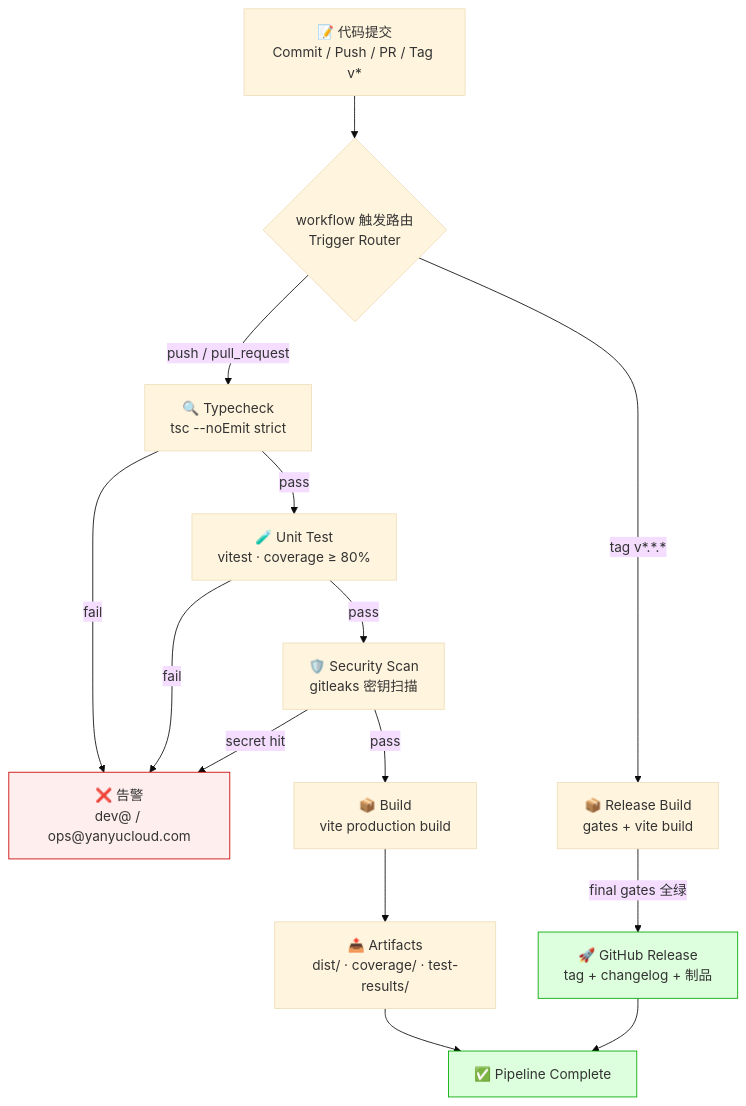
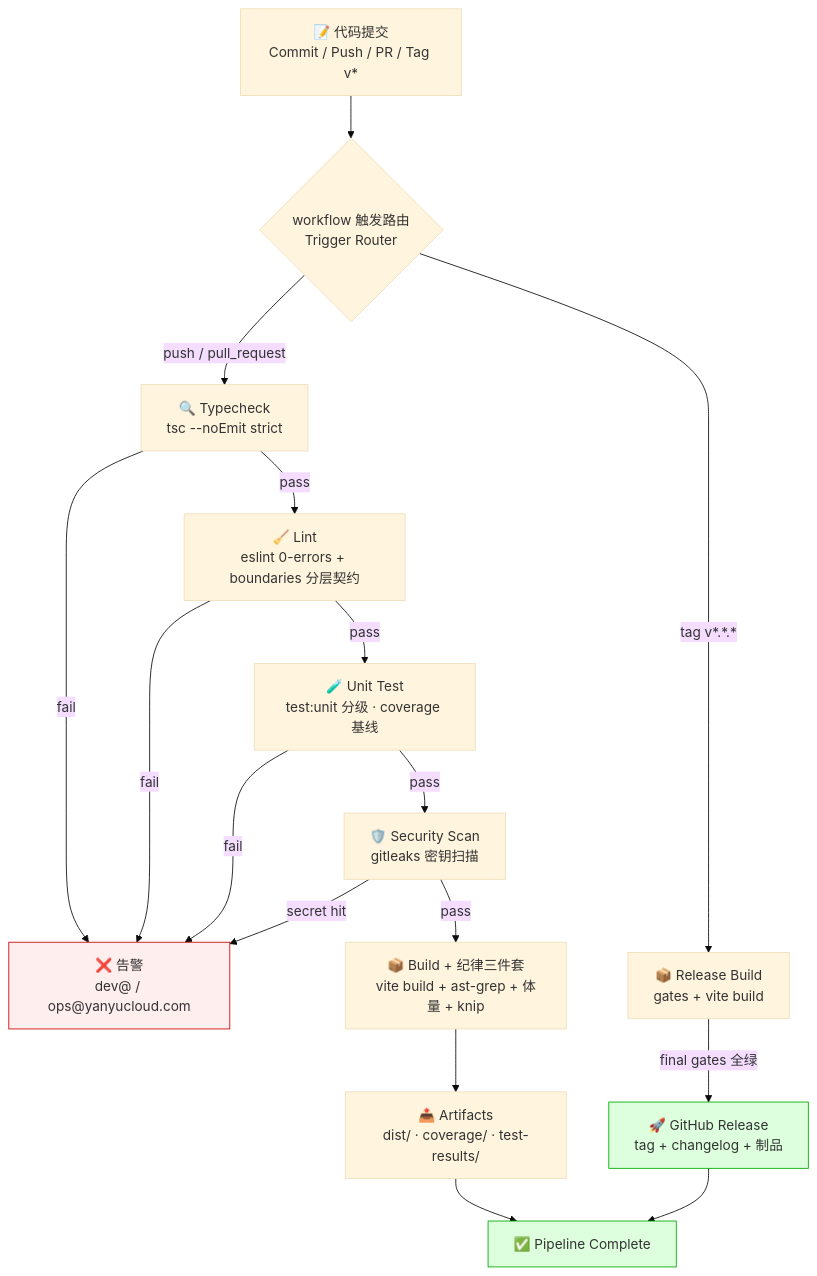
One commit to YYC-Cube/YYC3-AI-API-Token-Console changed the first of 2 diagrams in docs/YYC3-开发者文档/CICD.md. Above: the diagram before and after it, drawn with Mermaid (base theme). The commit also changed other lines of this file and 85 other files, not shown here.

First line of the commit message:
docs(report): Phase 2-4 实施总结报告 + README 顶图与文档全量对齐 + 本地参考目录解编

````diff
--- a/docs/YYC3-开发者文档/CICD.md
+++ b/docs/YYC3-开发者文档/CICD.md
@@ -34,20 +34,22 @@
 ```mermaid
 flowchart TD
   C0["📝 代码提交<br/>Commit / Push / PR / Tag v*"]
   C0 --> T0{"workflow 触发路由<br/>Trigger Router"}
   T0 -->|"push / pull_request"| TC1["🔍 Typecheck<br/>tsc --noEmit strict"]
   T0 -->|"tag v*.*.*"| RL1["📦 Release Build<br/>gates + vite build"]
   TC1 -->|fail| F1["❌ 告警<br/>dev@ / ops@yanyucloud.com"]
-  TC1 -->|pass| T1["🧪 Unit Test<br/>vitest · coverage ≥ 80%"]
+  TC1 -->|pass| L1["🧹 Lint<br/>eslint 0-errors + boundaries 分层契约"]
+  L1 -->|fail| F1
+  L1 -->|pass| T1["🧪 Unit Test<br/>test:unit 分级 · coverage 基线"]
   T1 -->|fail| F1
   T1 -->|pass| S1["🛡️ Security Scan<br/>gitleaks 密钥扫描"]
   S1 -->|"secret hit"| F1
-  S1 -->|pass| B1["📦 Build<br/>vite production build"]
+  S1 -->|pass| B1["📦 Build + 纪律三件套<br/>vite build + ast-grep + 体量 + knip"]
   B1 --> ART["📤 Artifacts<br/>dist/ · coverage/ · test-results/"]
   RL1 -->|"final gates 全绿"| REL["🚀 GitHub Release<br/>tag + changelog + 制品"]
   ART --> E1["✅ Pipeline Complete"]
   REL --> E1
   style F1 fill:#fee,stroke:#c00
   style REL fill:#dfd,stroke:#0a0
   style E1 fill:#dfd,stroke:#0a0
 ```
````
